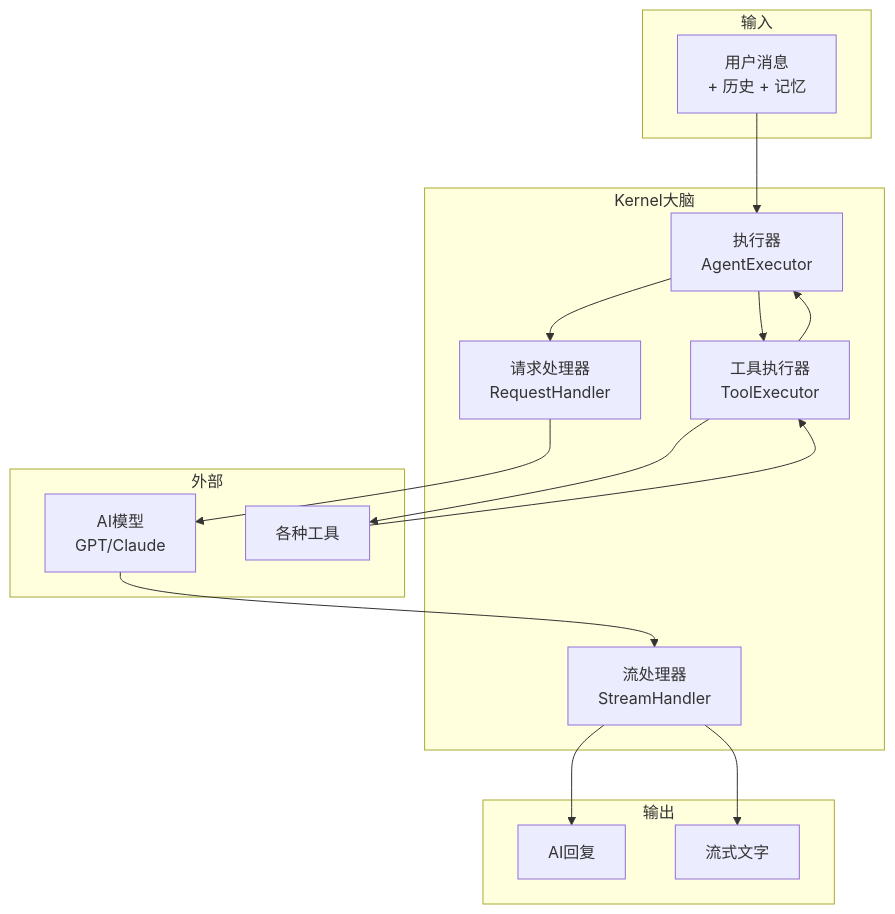
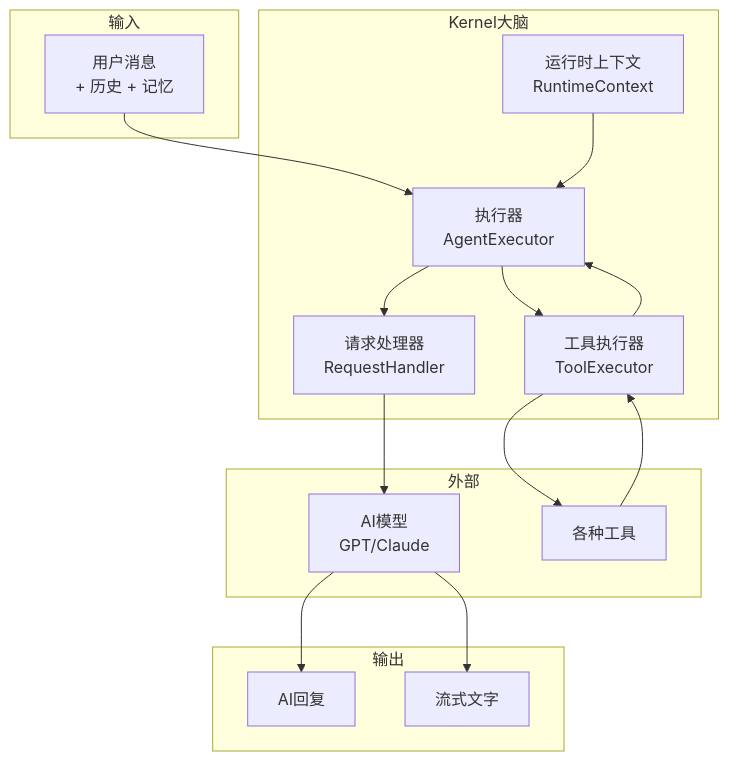
One commit to yeheng/nanobot-rs changed the sixth of 16 diagrams in docs/kernel.md. Above: the diagram before and after it, drawn with Mermaid. The commit also changed other lines of this file and 35 other files, not shown here.

````diff
--- a/docs/kernel.md
+++ b/docs/kernel.md
@@ -134,34 +134,34 @@
 ```mermaid
 graph TB
     subgraph Kernel大脑
         E[执行器<br/>AgentExecutor]
         T[工具执行器<br/>ToolExecutor]
         R[请求处理器<br/>RequestHandler]
-        S[流处理器<br/>StreamHandler]
+        C[运行时上下文<br/>RuntimeContext]
     end
     
     subgraph 输入
         I[用户消息<br/>+ 历史 + 记忆]
     end
     
     subgraph 输出
         O[AI回复]
         F[流式文字]
     end
     
     subgraph 外部
         AI[AI模型<br/>GPT/Claude]
         Tools[各种工具]
     end
     
     I --> E
     E --> R
     R --> AI
-    AI --> S
-    S --> F
-    S --> O
+    AI --> F
+    AI --> O
     E --> T
     T --> Tools
     Tools --> T
     T --> E
+    C --> E
 ```
````
